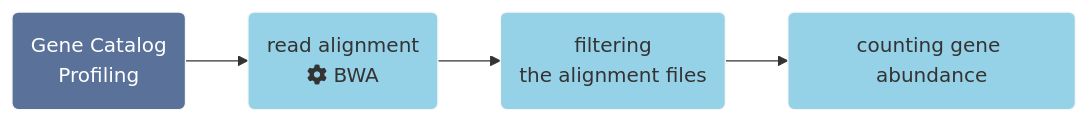
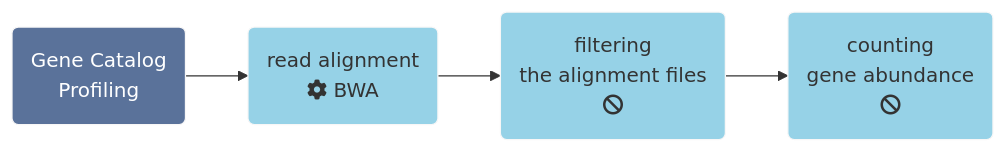
The third of 4 diagrams in docs/assembly/metagenomic_workflows.rst (MicrobiologyETHZ/Methods_in_Microbiomics), drawn with Mermaid before and after one commit. The commit also changed other lines of this file and 3 other files, not shown here.

```diff
--- a/docs/assembly/metagenomic_workflows.rst
+++ b/docs/assembly/metagenomic_workflows.rst
@@ -153,9 +208,9 @@
 .. mermaid::
 
    flowchart LR
         id1( Gene Catalog<br/>Profiling) --> id2(read alignment<br/>fa:fa-cog BWA)
-        id2 --> id3(filtering<br/>the alignment files)
-        id3 --> id4(counting gene abundance)
+        id2 --> id3(filtering<br/>the alignment files<br/>fa:fa-ban)
+        id3 --> id4(counting<br/>gene abundance<br/>fa:fa-ban)
         classDef tool fill:#96D2E7,stroke:#F8F7F7,stroke-width:1px;
         style id1 fill:#5A729A,stroke:#F8F7F7,stroke-width:1px,color:#fff
         class id2,id3,id4 tool
```
